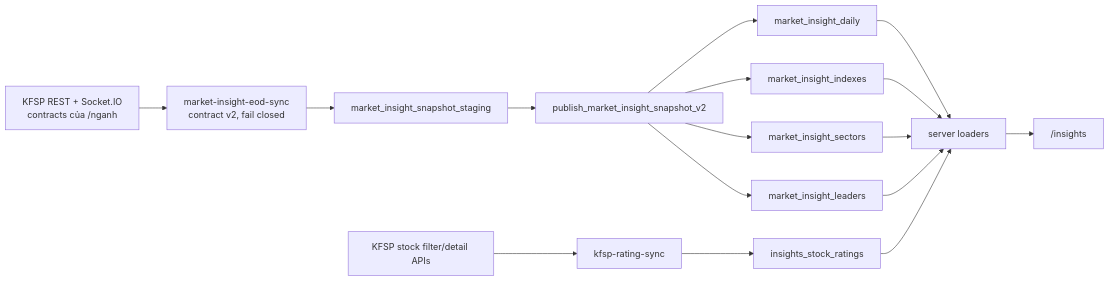
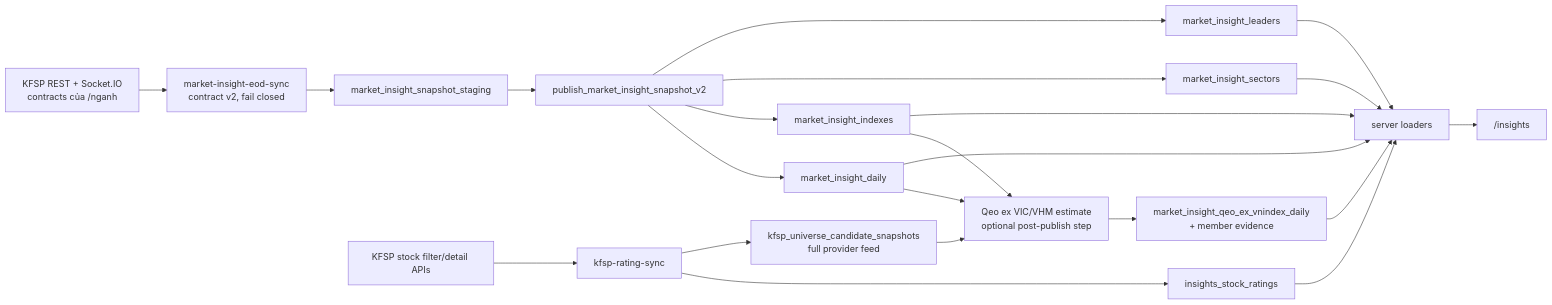
The diagram in docs/insights-handover.md (tvqqq/qeoindex), drawn with Mermaid before and after one commit. The commit also changed other lines of this file and 14 other files, not shown here.

Commit message:
feat(insights): calculate EOD valuation and Qeo index excluding VIC/VHM (QEO-408)

````diff
--- a/docs/insights-handover.md
+++ b/docs/insights-handover.md
@@ -16,14 +16,18 @@
 ```mermaid
 flowchart LR
   KFSP["KFSP REST + Socket.IO\ncontracts của /nganh"] --> Edge["market-insight-eod-sync\ncontract v2, fail closed"]
   Edge --> Stage["market_insight_snapshot_staging"]
   Stage --> RPC["publish_market_insight_snapshot_v2"]
   RPC --> Daily["market_insight_daily"]
   RPC --> Indexes["market_insight_indexes"]
   RPC --> Sectors["market_insight_sectors"]
   RPC --> Leaders["market_insight_leaders"]
   KFSPStock["KFSP stock filter/detail APIs"] --> RatingSync["kfsp-rating-sync"]
   RatingSync --> Ratings["insights_stock_ratings"]
+  RatingSync --> Candidates["kfsp_universe_candidate_snapshots\nfull provider feed"]
+  Daily & Indexes & Candidates --> QeoEstimate["Qeo ex VIC/VHM estimate\noptional post-publish step"]
+  QeoEstimate --> QeoDaily["market_insight_qeo_ex_vnindex_daily\n+ member evidence"]
   Daily & Indexes & Sectors & Leaders & Ratings --> Loader["server loaders"]
+  QeoDaily --> Loader
   Loader --> UI["/insights"]
 ```
````
